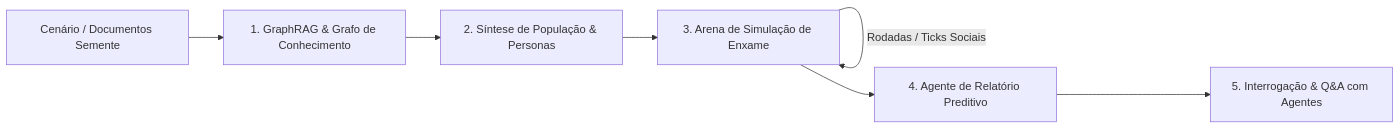
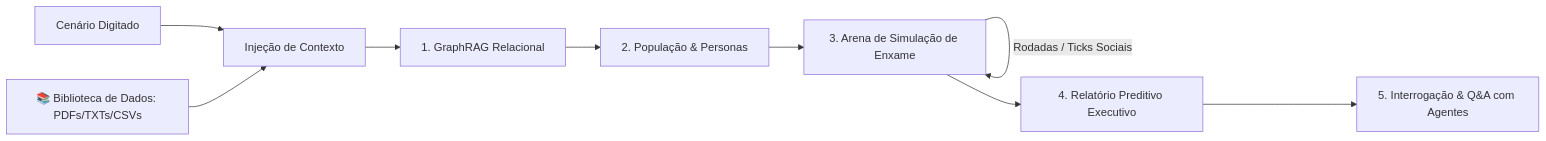
Before and after one commit to danilomenezes88/prevision: the diagram in README.md, drawn with Mermaid. The commit also changed other lines of this file and 12 other files, not shown here.

````diff
--- a/README.md
+++ b/README.md
@@ -11,9 +11,11 @@
 ```mermaid
 flowchart LR
-    A[Cenário / Documentos Semente] --> B[1. GraphRAG & Grafo de Conhecimento]
-    B --> C[2. Síntese de População & Personas]
-    C --> D[3. Arena de Simulação de Enxame]
-    D -->|Rodadas / Ticks Sociais| D
-    D --> E[4. Agente de Relatório Preditivo]
-    E --> F[5. Interrogação & Q&A com Agentes]
+    A[Cenário Digitado] --> C[Injeção de Contexto]
+    B[📚 Biblioteca de Dados: PDFs/TXTs/CSVs] --> C
+    C --> D[1. GraphRAG Relacional]
+    D --> E[2. População & Personas]
+    E --> F[3. Arena de Simulação de Enxame]
+    F -->|Rodadas / Ticks Sociais| F
+    F --> G[4. Relatório Preditivo Executivo]
+    G --> H[5. Interrogação & Q&A com Agentes]
 ```
````
